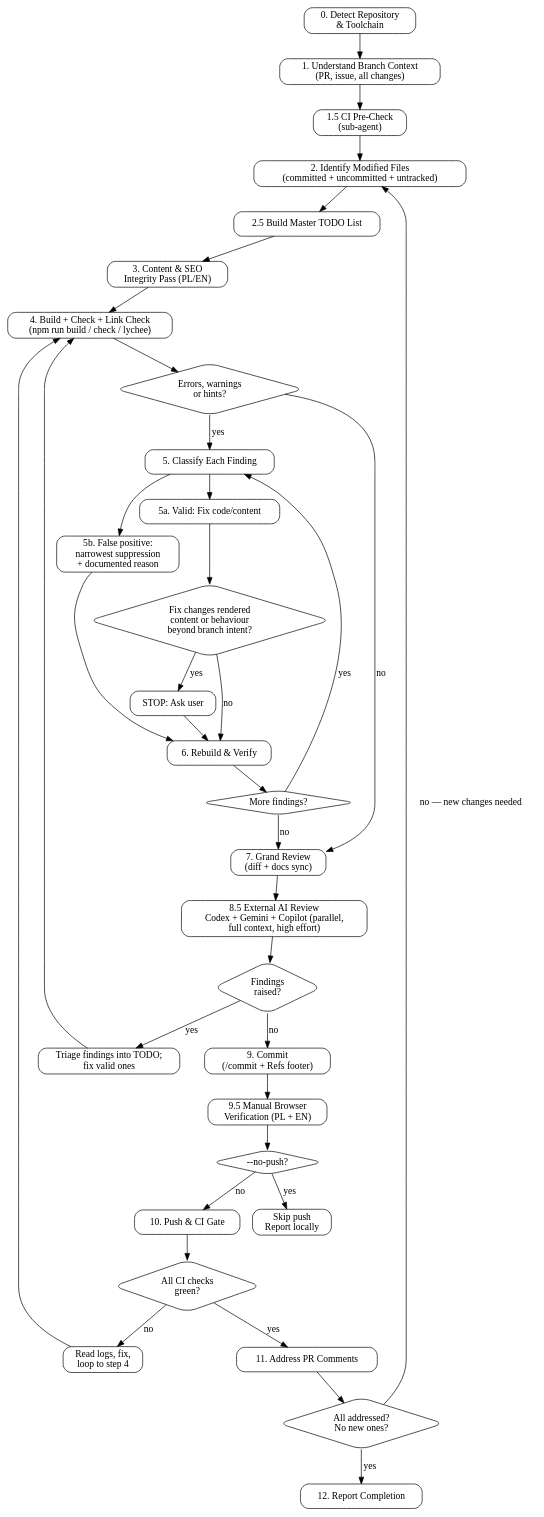
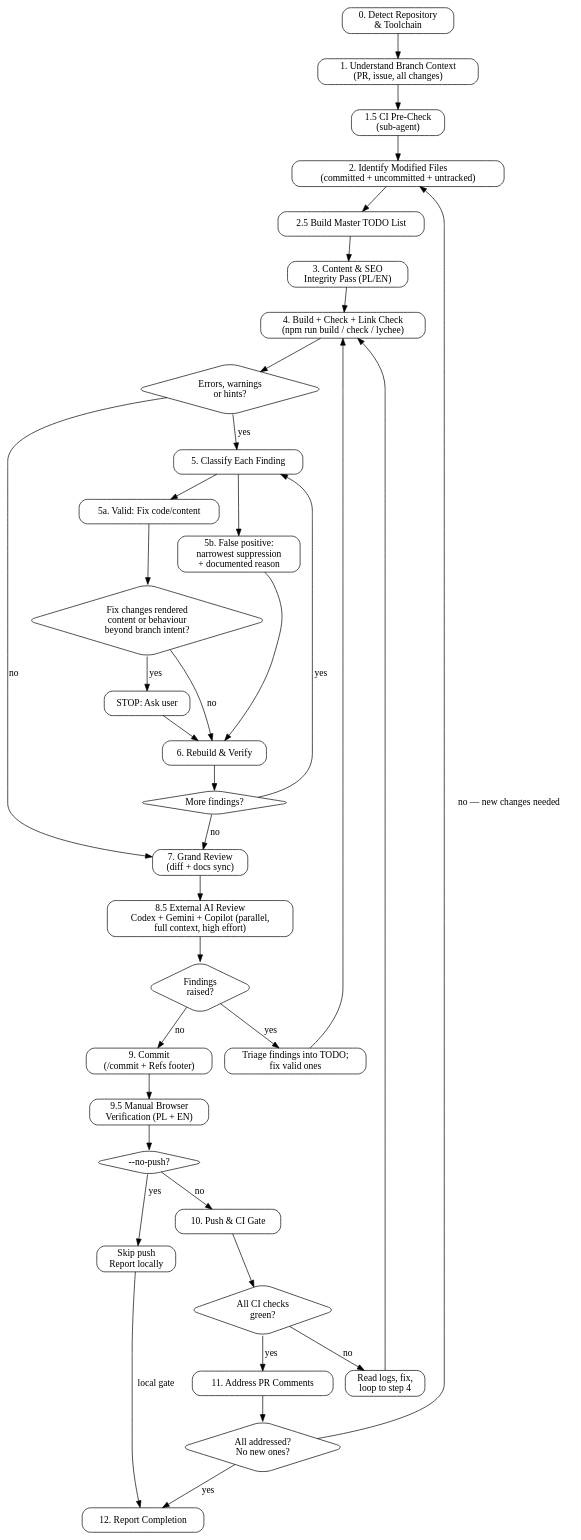
Before and after one commit to mrploch/ploch-commandline: the diagram in .claude/skills/dev-finishing-touches/SKILL.md, drawn with Graphviz. The commit also changed other lines of this file and 9 other files, not shown here.

````diff
--- a/.claude/skills/dev-finishing-touches/SKILL.md
+++ b/.claude/skills/dev-finishing-touches/SKILL.md
@@ -75,63 +75,64 @@
 ```dot
 digraph finishing_touches {
     rankdir=TB;
     node [shape=box, style="rounded"];
 
     detect [label="0. Detect Repository\n& Toolchain"];
     context [label="1. Understand Branch Context\n(PR, issue, all changes)"];
     ci_pre [label="1.5 CI Pre-Check\n(sub-agent)"];
     diff [label="2. Identify Modified Files\n(committed + uncommitted + untracked)"];
     todo [label="2.5 Build Master TODO List"];
     content [label="3. Content & SEO\nIntegrity Pass (PL/EN)"];
     build [label="4. Build + Check + Link Check\n(npm run build / check / lychee)"];
     issues [shape=diamond, label="Errors, warnings\nor hints?"];
     classify [label="5. Classify Each Finding"];
     fix [label="5a. Valid: Fix code/content"];
     behaviour [shape=diamond, label="Fix changes rendered\ncontent or behaviour\nbeyond branch intent?"];
     ask_user [label="STOP: Ask user"];
     false_pos [label="5b. False positive:\nnarrowest suppression\n+ documented reason"];
     verify [label="6. Rebuild & Verify"];
     more [shape=diamond, label="More findings?"];
     grand [label="7. Grand Review\n(diff + docs sync)"];
     ai_review [label="8.5 External AI Review\nCodex + Gemini + Copilot (parallel,\nfull context, high effort)"];
     ai_findings [shape=diamond, label="Findings\nraised?"];
     triage_ai [label="Triage findings into TODO;\nfix valid ones"];
     commit [label="9. Commit\n(/commit + Refs footer)"];
     manual [label="9.5 Manual Browser\nVerification (PL + EN)"];
     push_check [shape=diamond, label="--no-push?"];
     push [label="10. Push & CI Gate"];
     ci_ok [shape=diamond, label="All CI checks\ngreen?"];
     fix_ci [label="Read logs, fix,\nloop to step 4"];
     comments [label="11. Address PR Comments"];
     comments_ok [shape=diamond, label="All addressed?\nNo new ones?"];
     report [label="12. Report Completion"];
     skip_push [label="Skip push\nReport locally"];
 
     detect -> context -> ci_pre -> diff -> todo -> content -> build -> issues;
     issues -> grand [label="no"];
     issues -> classify [label="yes"];
     classify -> fix; classify -> false_pos;
     fix -> behaviour;
     behaviour -> ask_user [label="yes"];
     behaviour -> verify [label="no"];
     ask_user -> verify;
     false_pos -> verify;
     verify -> more;
     more -> classify [label="yes"];
     more -> grand [label="no"];
     grand -> ai_review -> ai_findings;
     ai_findings -> triage_ai [label="yes"];
     ai_findings -> commit [label="no"];
     triage_ai -> build;
     commit -> manual -> push_check;
     push_check -> push [label="no"];
     push_check -> skip_push [label="yes"];
+    skip_push -> report [label="local gate"];
     push -> ci_ok;
     ci_ok -> comments [label="yes"];
     ci_ok -> fix_ci [label="no"];
     fix_ci -> build;
     comments -> comments_ok;
     comments_ok -> report [label="yes"];
     comments_ok -> diff [label="no — new changes needed"];
 }
 ```
````
